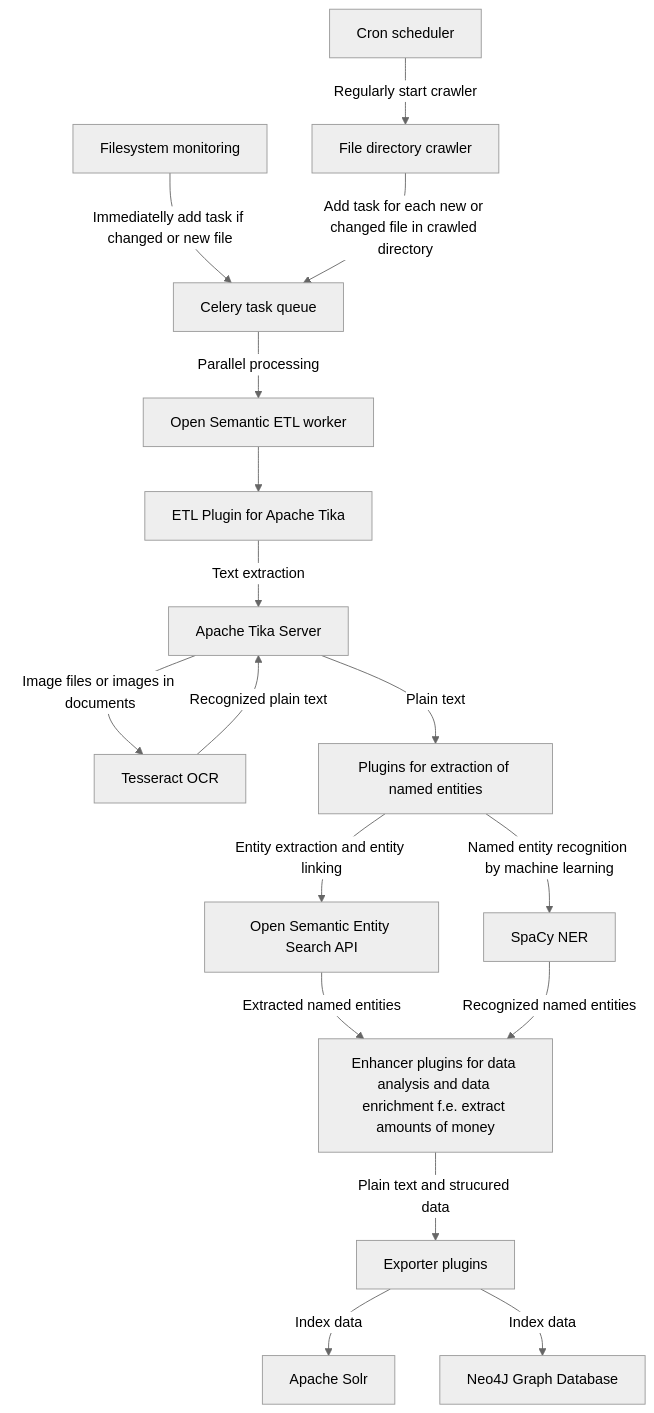
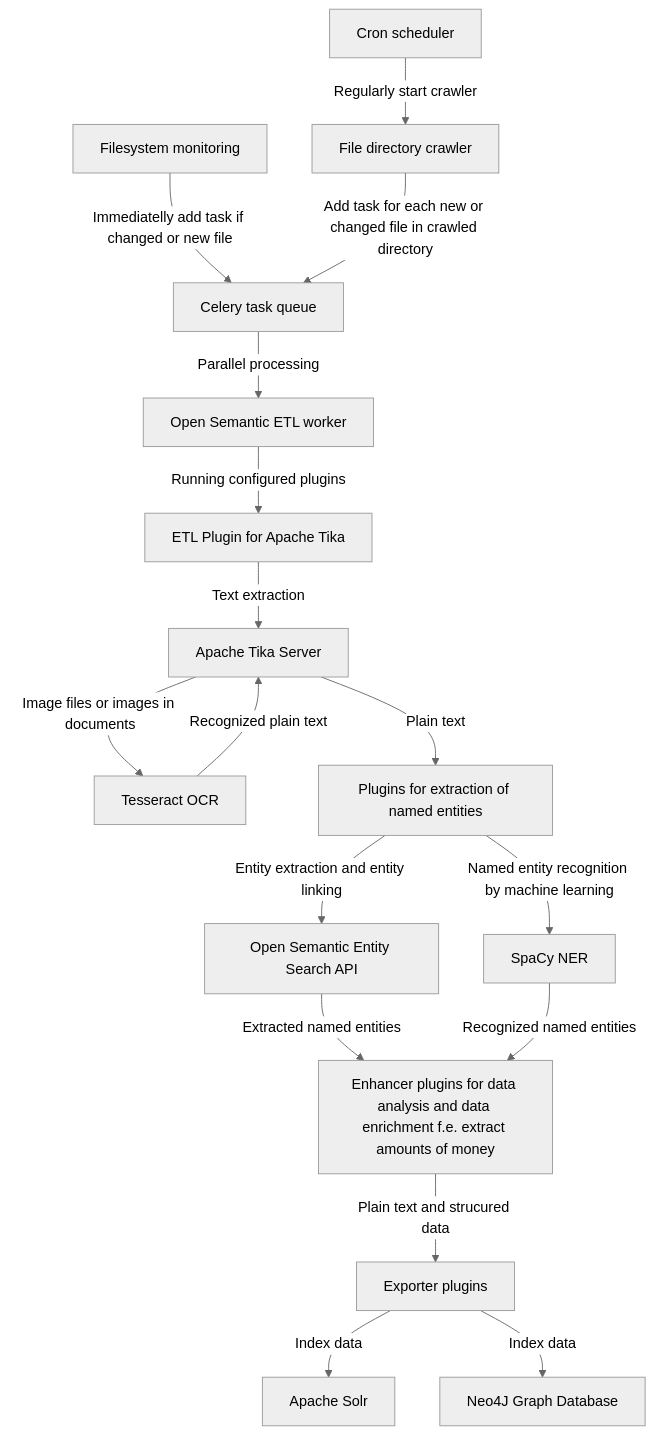
The diagram in docs/doc/modules/README.md (opensemanticsearch/open-semantic-search), drawn with Mermaid (neutral theme) before and after one commit. The commit also changed other lines of this file, not shown here.

Commit message:
Architecture documentation: Start with the flowchart

````diff
--- a/docs/doc/modules/README.md
+++ b/docs/doc/modules/README.md
@@ -74,34 +15,34 @@
 ```mermaid
 
 flowchart
 FILEMONITORING[Filesystem monitoring]
 FILEMONITORING-->|Immediatelly add task if changed or new file| TASK_QUEUE
 SCHEDULER[Cron scheduler]
 SCHEDULER -->|Regularly start crawler| FILECRAWLER
 FILECRAWLER[File directory crawler]
 FILECRAWLER -->|Add task for each new or changed file in crawled directory| TASK_QUEUE
 TASK_QUEUE[Celery task queue]
 TASK_QUEUE-->|Parallel processing| ETL_WORKER
 ETL_WORKER[Open Semantic ETL worker]
-ETL_WORKER --> TIKA_PLUGIN
+ETL_WORKER -->|Running configured plugins| TIKA_PLUGIN
 TIKA_PLUGIN[ETL Plugin for Apache Tika] -->|Text extraction| TIKA
 TIKA[Apache Tika Server]
 TIKA-->|Image files or images in documents|OCR
 OCR[Tesseract OCR]
 OCR-->|Recognized plain text| TIKA
 TIKA -->|Plain text| EPLUGINS
 EPLUGINS[Plugins for extraction of named entities]
 EPLUGINS -->|Entity extraction and entity linking| EL
 EPLUGINS -->|Named entity recognition by machine learning| NER
 EL[Open Semantic Entity Search API]
 EL -->|Extracted named entities| OTHER_PLUGINS
 NER[SpaCy NER]
 NER -->|Recognized named entities| OTHER_PLUGINS
 OTHER_PLUGINS[Enhancer plugins for data analysis and data enrichment f.e. extract amounts of money]
 OTHER_PLUGINS -->|Plain text and strucured data| EXPORTER
 EXPORTER[Exporter plugins]
 EXPORTER -->|Index data| SOLR
 EXPORTER -->|Index data| NEO4J
 SOLR[Apache Solr]
 NEO4J[Neo4J Graph Database]
 ```
````
